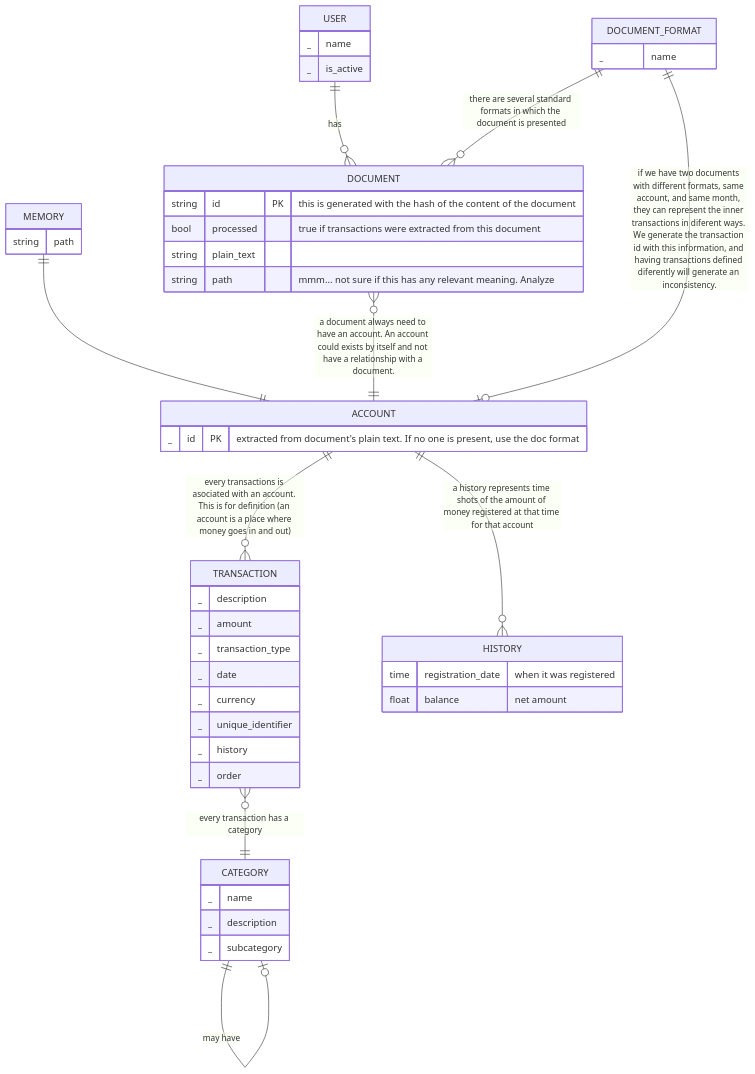
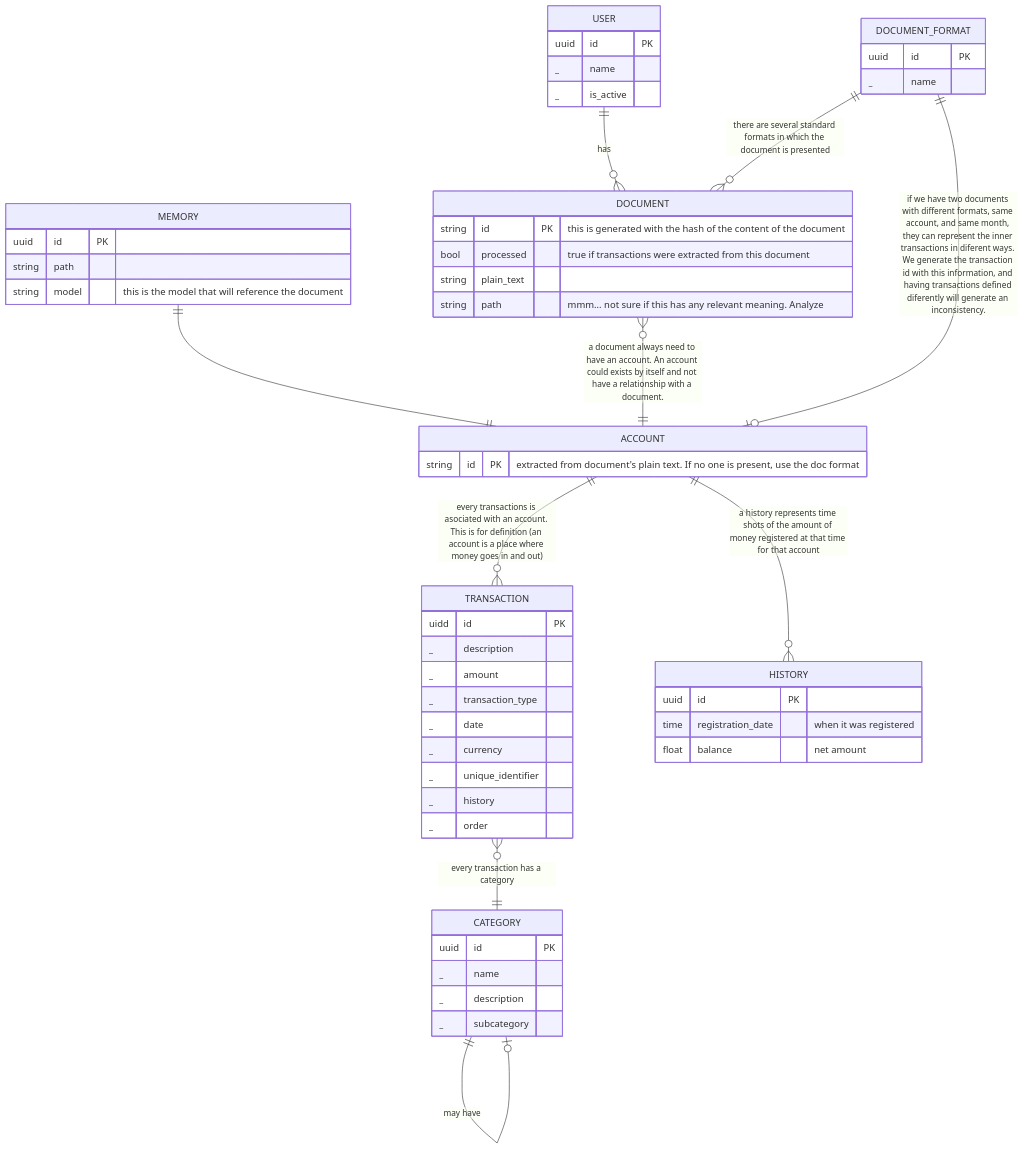
Before and after one commit to josueelias9/improving-BCP-organizate: the diagram in new-service/app/README.md, drawn with Mermaid. The commit also changed other lines of this file and 1 other file, not shown here.

Commit message:
feat: update README and app.py for improved API integration and clarity

````diff
--- a/new-service/app/README.md
+++ b/new-service/app/README.md
@@ -10,63 +10,69 @@
 ```mermaid
 erDiagram
 
     MEMORY {
+        uuid id PK
         string path
+        string model "this is the model that will reference the document"
     }
 
     USER {
+        uuid id PK
         _ name
         _ is_active
     }
 
     TRANSACTION {
+        uidd id PK
         _ description
         _ amount
         _ transaction_type
         _ date
         _ currency
         _ unique_identifier 
         _ history
         _ order
     }
 
     HISTORY {
+        uuid id PK
         time registration_date "when it was registered"
         float balance "net amount"
     }
 
     CATEGORY {
+        uuid id PK
         _ name
         _ description
         _ subcategory
     }
 
     DOCUMENT_FORMAT {
+        uuid id PK
         _ name
     }
 
-
     ACCOUNT {        
-        _ id PK "extracted from document's plain text. If no one is present, use the doc format"
+        string id PK "extracted from document's plain text. If no one is present, use the doc format"
     }
 
     DOCUMENT {
         string id PK "this is generated with the hash of the content of the document"
         bool processed "true if transactions were extracted from this document"
         string plain_text
         string path "mmm... not sure if this has any relevant meaning. Analyze"
     }
 
     %% Relaciones
     USER ||--o{ DOCUMENT : "has"
     ACCOUNT ||--o{ TRANSACTION : "every transactions is asociated with an account. This is for definition (an account is a place where money goes in and out)"
     TRANSACTION }o--|| CATEGORY : "every transaction has a category"
     CATEGORY ||--o| CATEGORY : "may have"
     DOCUMENT_FORMAT ||--o{ DOCUMENT : "there are several standard formats in which the document is presented"
     DOCUMENT_FORMAT ||--o| ACCOUNT : "if we have two documents with different formats, same account, and same month, they can represent the inner transactions in diferent ways. We generate the transaction id with this information, and having transactions defined diferently will generate an inconsistency."
     DOCUMENT }o--|| ACCOUNT : "a document always need to have an account. An account could exists by itself and not have a relationship with a document."
     ACCOUNT ||--o{ HISTORY : "a history represents time shots of the amount of money registered at that time for that account"
     MEMORY ||--|| ACCOUNT : ""
 
     
 ```
````
